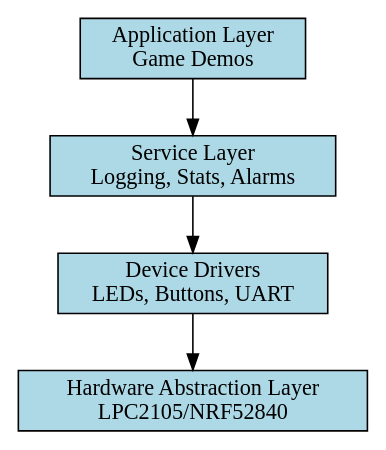
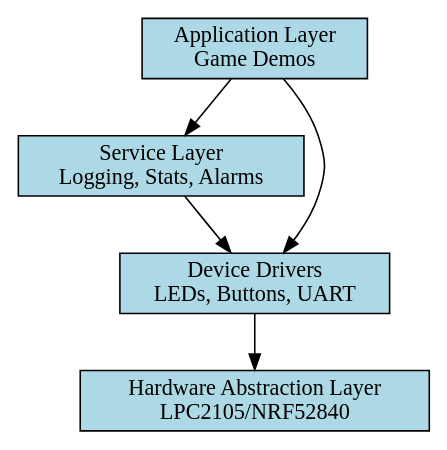
One commit to VictorOrrios/ProyectoHardware changed the diagram in architecture.dot. Above: the diagram before and after it, drawn with Graphviz. The commit also changed 3 other files, not shown here.

Commit message:
[READY FOR SUBMISSION] added an arrow from application layer to driver layer in main doxygen diagram

```diff
--- a/architecture.dot
+++ b/architecture.dot
@@ -1,13 +1,14 @@
 digraph system_architecture {
     rankdir=TB;
     node [shape=box, style=filled, fillcolor=lightblue];
     
     Application [label="Application Layer\nGame Demos"];
     Services [label="Service Layer\nLogging, Stats, Alarms"];
     Drivers [label="Device Drivers\nLEDs, Buttons, UART"];
     HAL [label="Hardware Abstraction Layer\nLPC2105/NRF52840"];
     
     Application -> Services;
+    Application -> Drivers;
     Services -> Drivers;
     Drivers -> HAL;
 } 
```
